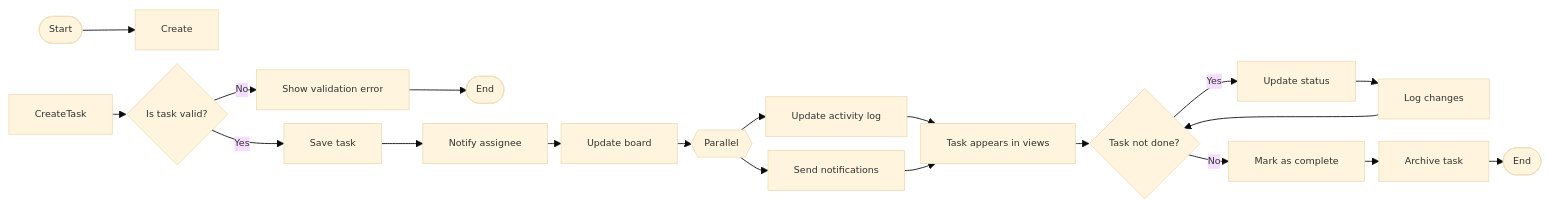
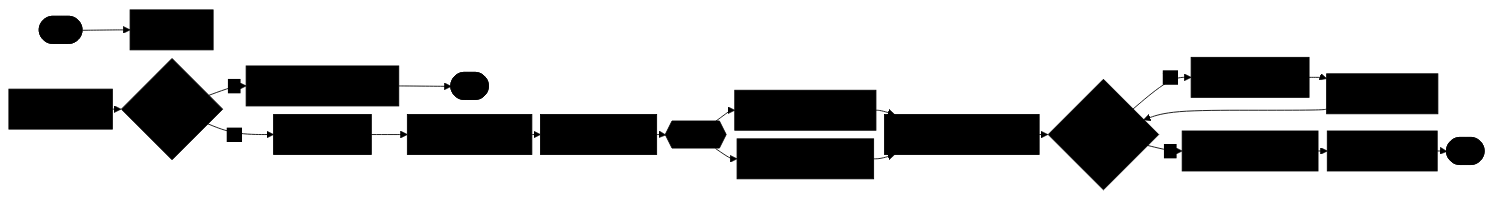
Before and after one commit to ritiku2004/Zira-Project-details: diagram 16 of 17 in README.md, drawn with Mermaid. The commit also changed 2 other files, not shown here.

Commit message:
Diagrames added

````diff
--- a/README.md
+++ b/README.md
@@ -465,29 +465,29 @@
 ```mermaid
-%%{init: {"theme":"base","flowchart": {"nodeSpacing": 16, "rankSpacing": 16, "curve":"basis"}, "themeVariables": {"fontSize": "11px"}}}%%
+%%{init: {"theme":"base", "flowchart": {"nodeSpacing": 10, "rankSpacing": 10}, "themeVariables": {"fontSize": "11px", "fontFamily": "arial", "primaryColor": "#000000", "primaryTextColor": "#000000", "lineColor": "#000000", "tertiaryColor": "#fff"}}}%%
 flowchart LR
   Start([Start]) --> Create[Create]
   CreateTask --> IsValid{Is task valid?}
   
   IsValid -->|Yes| SaveTask[Save task]
   IsValid -->|No| ShowError[Show validation error]
   ShowError --> End1([End])
   
   SaveTask --> NotifyAssignee[Notify assignee]
   NotifyAssignee --> UpdateBoard[Update board]
   
   UpdateBoard --> parallel1{{Parallel}}
   parallel1 --> UpdateLog[Update activity log]
   parallel1 --> SendNotif[Send notifications]
   
   UpdateLog --> ShowInViews[Task appears in views]
   SendNotif --> ShowInViews
   
   ShowInViews --> TaskLoop{Task not done?}
   TaskLoop -->|Yes| UpdateStatus[Update status]
   UpdateStatus --> LogChanges[Log changes]
   LogChanges --> TaskLoop
   
   TaskLoop -->|No| MarkComplete[Mark as complete]
   MarkComplete --> Archive[Archive task]
   Archive --> End2([End])
 ```
````
